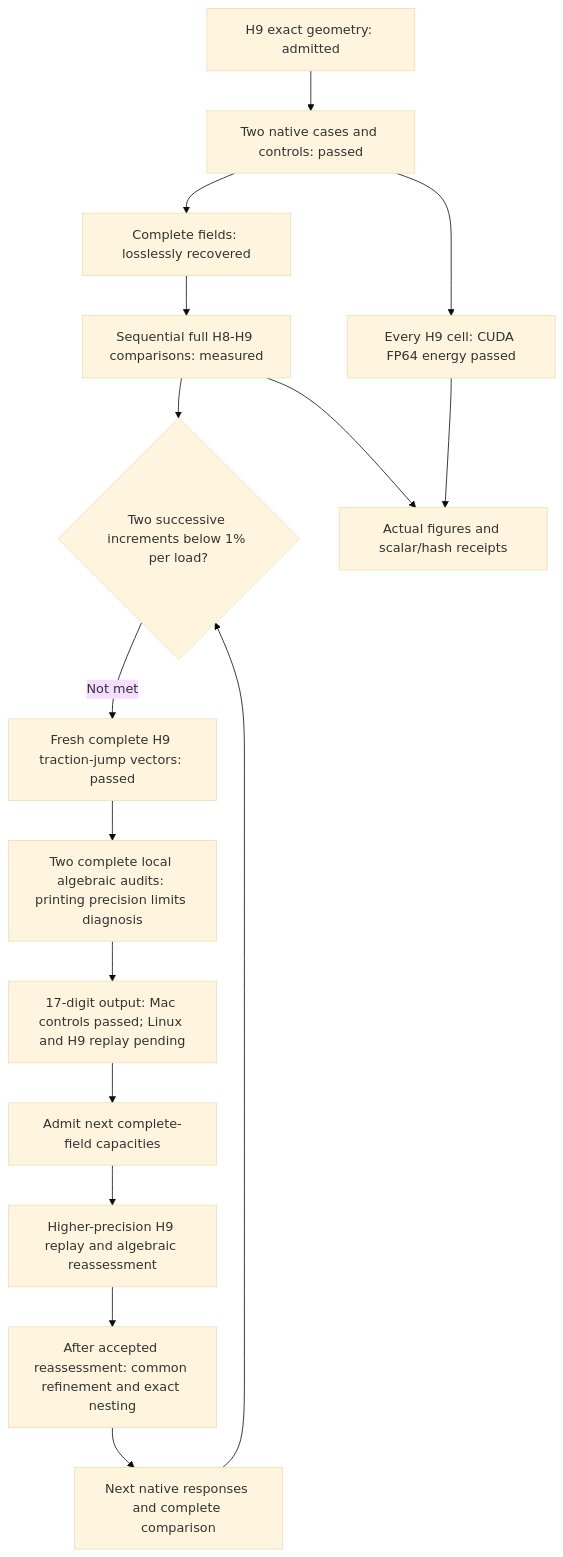
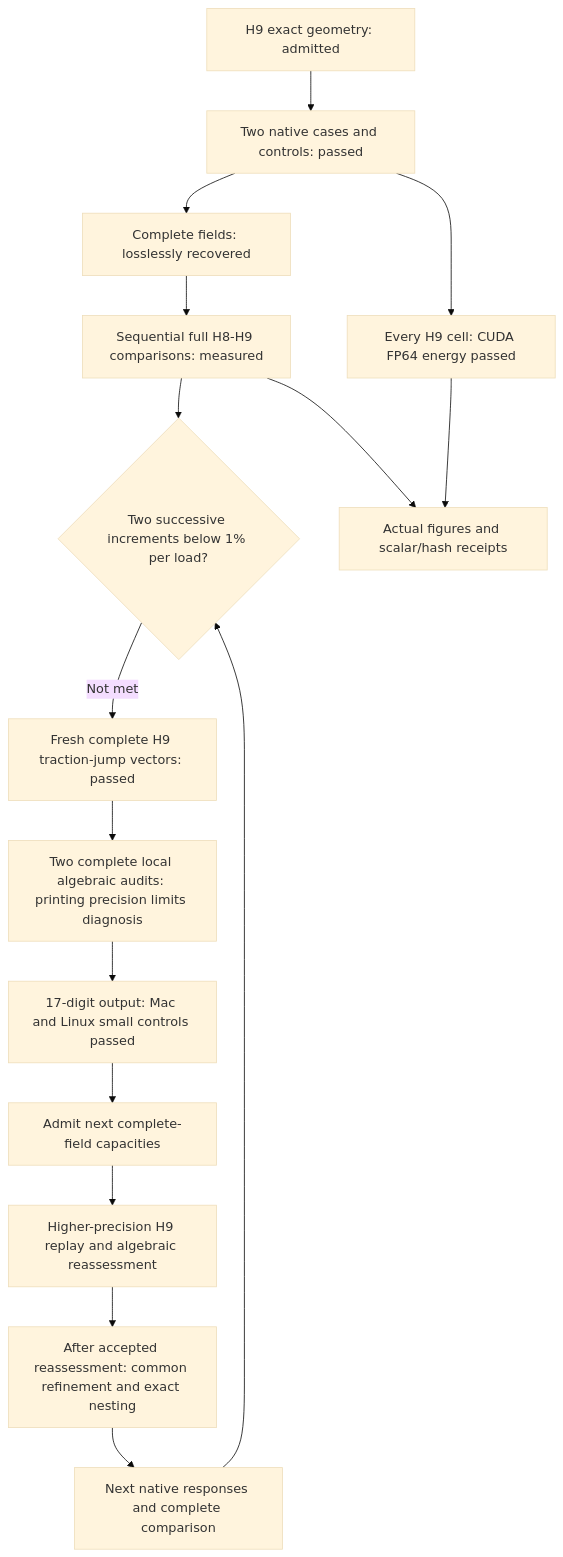
One commit to cluster2600/porscheparts changed the diagram in docs/reports/carrier-h9-native-results-20261107.md. Above: the diagram before and after it, drawn with Mermaid (base theme). The commit also changed other lines of this file and 4 other files, not shown here.

Commit message:
Record qualified Linux 17-digit carrier solver and external receiver checks

````diff
--- a/docs/reports/carrier-h9-native-results-20261107.md
+++ b/docs/reports/carrier-h9-native-results-20261107.md
@@ -206,18 +238,18 @@
 ```mermaid
 flowchart TD
     G["H9 exact geometry: admitted"] --> N["Two native cases and controls: passed"]
     N --> R["Complete fields: losslessly recovered"]
     N --> GPU["Every H9 cell: CUDA FP64 energy passed"]
     R --> C["Sequential full H8-H9 comparisons: measured"]
     C --> S{"Two successive increments below 1% per load?"}
     S -->|"Not met"| M["Fresh complete H9 traction-jump vectors: passed"]
     M --> LOCAL["Two complete local algebraic audits: printing precision limits diagnosis"]
-    LOCAL --> PRECISION["17-digit output: Mac controls passed; Linux and H9 replay pending"]
+    LOCAL --> PRECISION["17-digit output: Mac and Linux small controls passed"]
     PRECISION --> CAP["Admit next complete-field capacities"]
     CAP --> REPLAY["Higher-precision H9 replay and algebraic reassessment"]
     REPLAY --> V["After accepted reassessment: common refinement and exact nesting"]
     V --> NEXT["Next native responses and complete comparison"]
     NEXT --> S
     C --> FIG["Actual figures and scalar/hash receipts"]
     GPU --> FIG
 ```
````
